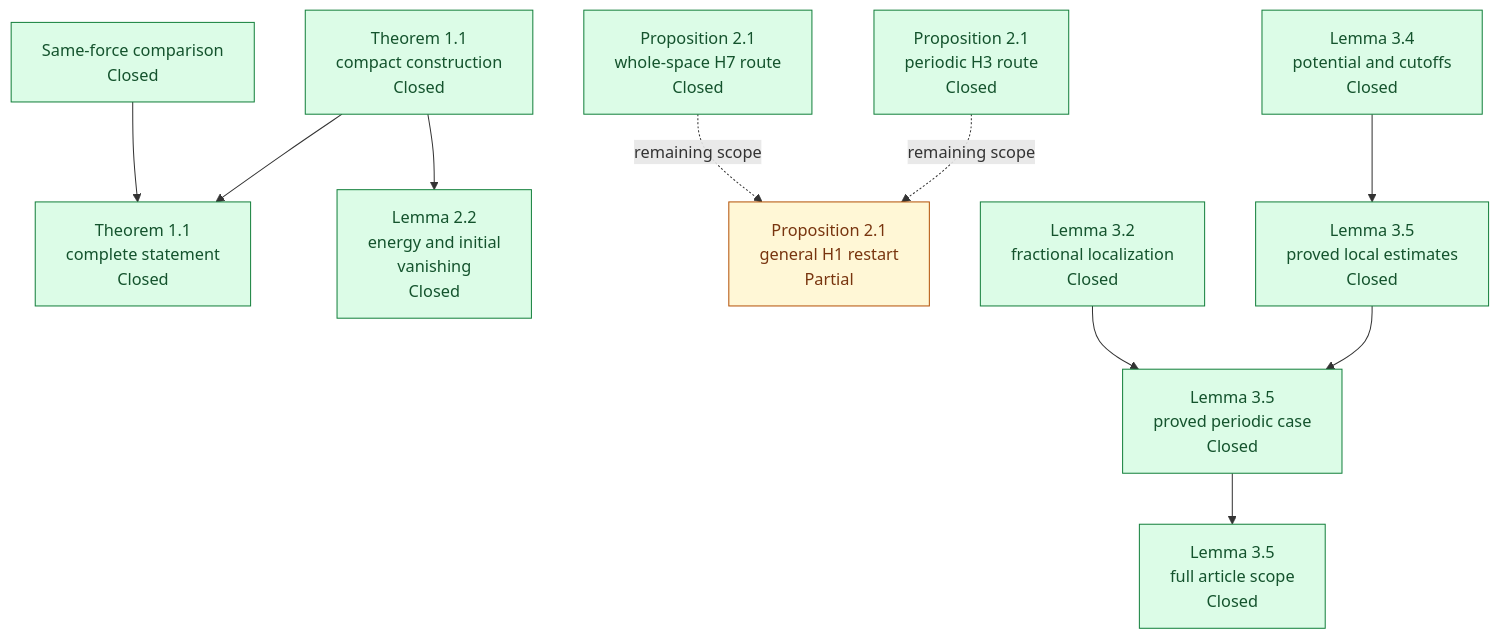
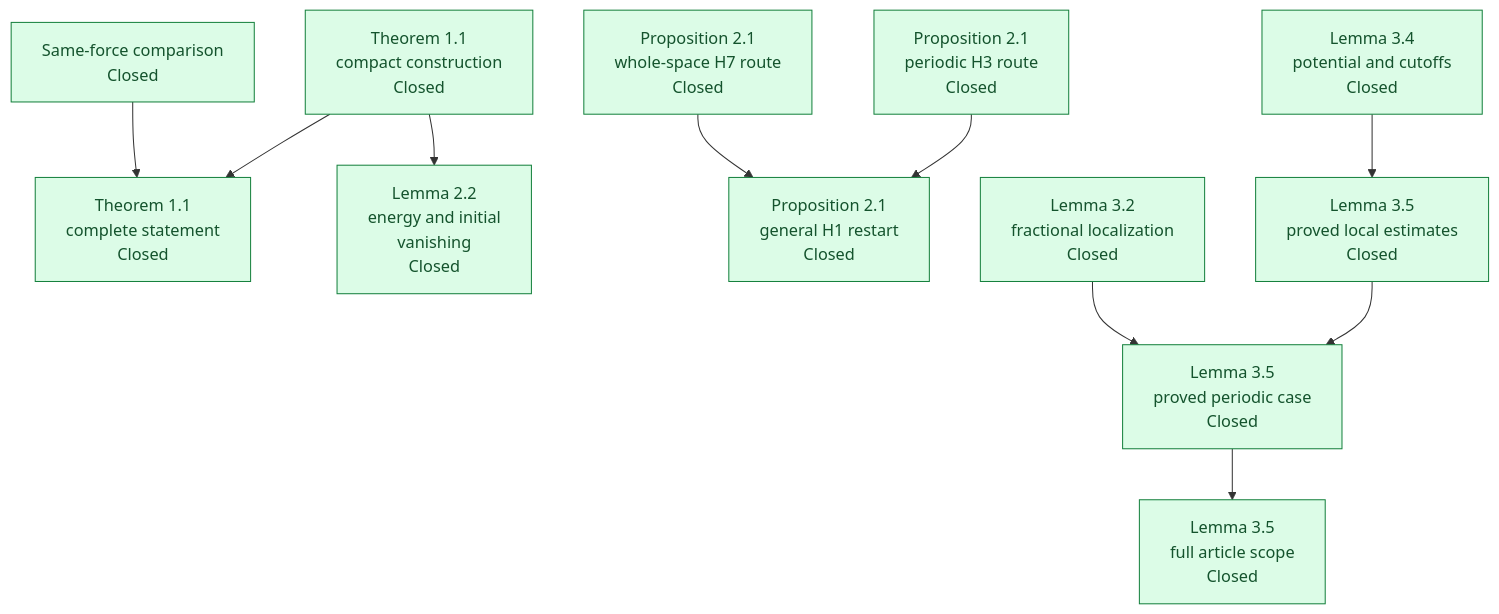
Before and after one commit to mathzhuonichi/blowup_density: the first of 4 diagrams in formalization/blueprint/DEPENDENCY_GRAPH.md, drawn with Mermaid. The commit also changed other lines of this file and 13 other files, not shown here.

````diff
--- a/formalization/blueprint/DEPENDENCY_GRAPH.md
+++ b/formalization/blueprint/DEPENDENCY_GRAPH.md
@@ -13,29 +13,28 @@
 ```mermaid
 flowchart TD
   B11["Theorem 1.1<br/>compact construction<br/>Closed"]
   CMP["Same-force comparison<br/>Closed"]
   B11_FULL["Theorem 1.1<br/>complete statement<br/>Closed"]
   E22["Lemma 2.2<br/>energy and initial<br/>vanishing<br/>Closed"]
   L21T["Proposition 2.1<br/>periodic H3 route<br/>Closed"]
   L21R["Proposition 2.1<br/>whole-space H7 route<br/>Closed"]
-  L21_H1["Proposition 2.1<br/>general H1 restart<br/>Partial"]
+  L21_H1["Proposition 2.1<br/>general H1 restart<br/>Closed"]
   V34["Lemma 3.4<br/>potential and cutoffs<br/>Closed"]
   C35_LOCAL["Lemma 3.5<br/>proved local estimates<br/>Closed"]
   L32["Lemma 3.2<br/>fractional localization<br/>Closed"]
   C35_T["Lemma 3.5<br/>proved periodic case<br/>Closed"]
   C35_FULL["Lemma 3.5<br/>full article scope<br/>Closed"]
   B11 --> B11_FULL
   CMP --> B11_FULL
   B11 --> E22
-  L21T -. remaining scope .-> L21_H1
-  L21R -. remaining scope .-> L21_H1
+  L21T --> L21_H1
+  L21R --> L21_H1
   V34 --> C35_LOCAL
   C35_LOCAL --> C35_T
   L32 --> C35_T
   C35_T --> C35_FULL
   classDef closed fill:#dcfce7,stroke:#15803d,color:#14532d;
   classDef partial fill:#fff7d6,stroke:#b45309,color:#78350f;
   classDef mainResult stroke-width:4px;
-  class B11,CMP,B11_FULL,E22,L21T,L21R,V34,C35_LOCAL,L32,C35_T,C35_FULL closed;
-  class L21_H1 partial;
+  class B11,CMP,B11_FULL,E22,L21T,L21R,L21_H1,V34,C35_LOCAL,L32,C35_T,C35_FULL closed;
 ```
````
